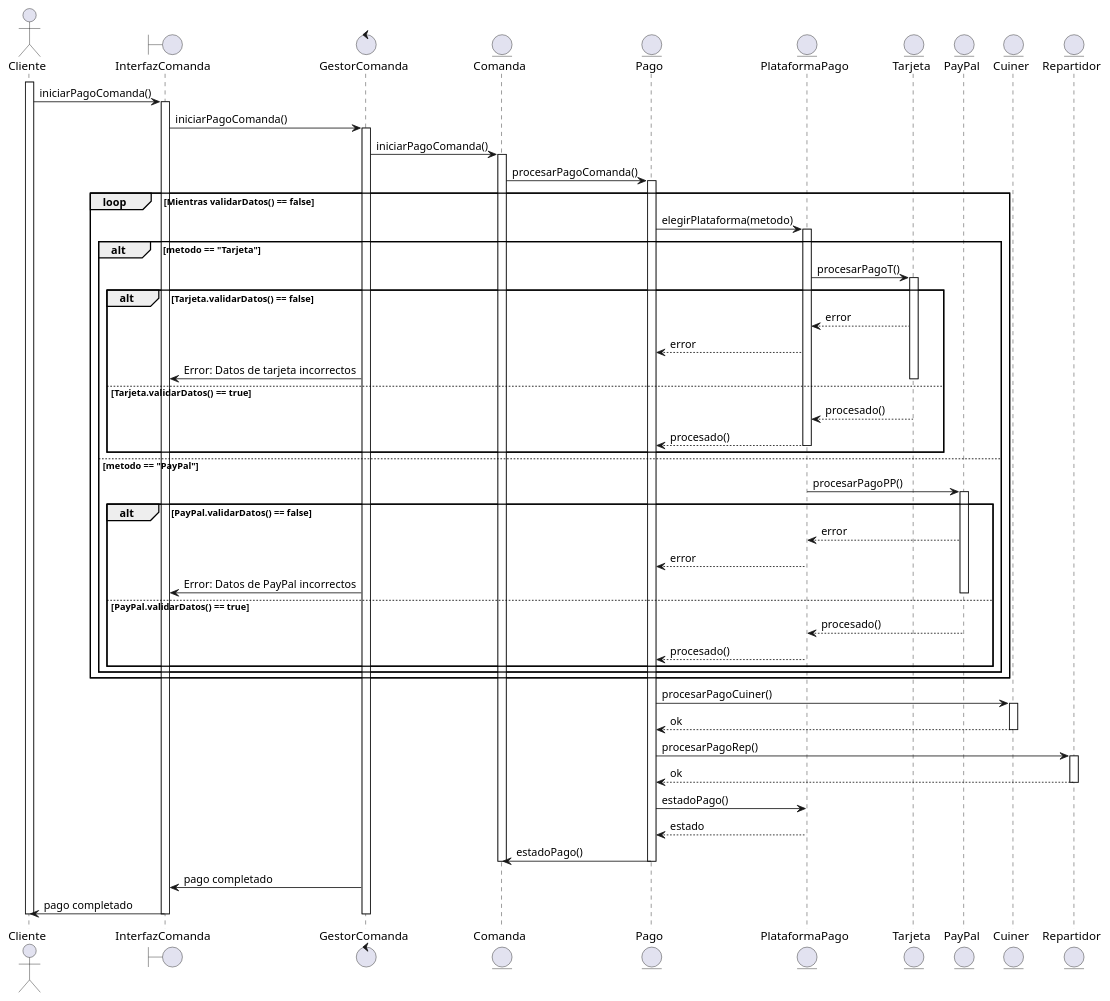
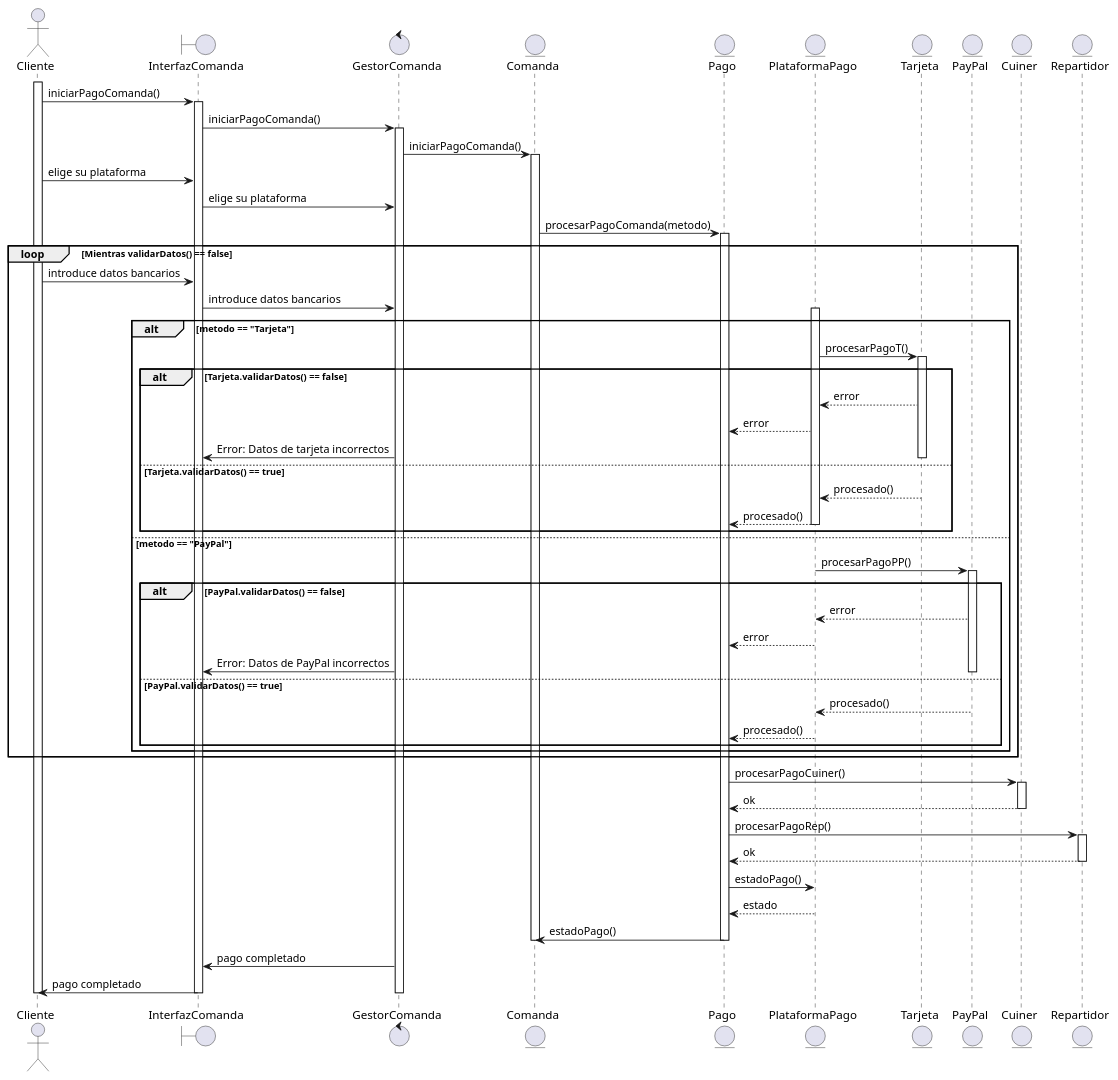
The diagram in documents/Diagramas Secuencia/CodigoUML/bloq4.pUML (dabien3/ES25UAB-511-05), drawn with PlantUML before and after one commit.

```diff
--- a/documents/Diagramas Secuencia/CodigoUML/bloq4.pUML
+++ b/documents/Diagramas Secuencia/CodigoUML/bloq4.pUML
@@ -1,72 +1,77 @@
-@startuml
+ @startuml
 actor Cliente
 boundary InterfazComanda
 control GestorComanda
 entity Comanda
 entity Pago
 entity PlataformaPago
 entity Tarjeta
 entity PayPal
 entity Cuiner
 entity Repartidor
 activate Cliente
 Cliente -> InterfazComanda : iniciarPagoComanda()
 activate InterfazComanda
+
 InterfazComanda -> GestorComanda : iniciarPagoComanda()
 activate GestorComanda
 GestorComanda -> Comanda : iniciarPagoComanda()
 activate Comanda
-Comanda -> Pago : procesarPagoComanda()
+ Cliente -> InterfazComanda : elige su plataforma
+ InterfazComanda -> GestorComanda : elige su plataforma
+Comanda -> Pago : procesarPagoComanda(metodo)
 activate Pago
 loop Mientras validarDatos() == false
- Pago -> PlataformaPago : elegirPlataforma(metodo)
+Cliente -> InterfazComanda : introduce datos bancarios
+ InterfazComanda -> GestorComanda : introduce datos bancarios
+
     activate PlataformaPago
  alt metodo == "Tarjeta"
         PlataformaPago -> Tarjeta : procesarPagoT()
         activate Tarjeta
         alt Tarjeta.validarDatos() == false
             Tarjeta --> PlataformaPago : error
             PlataformaPago --> Pago : error
             GestorComanda -> InterfazComanda : Error: Datos de tarjeta incorrectos
             deactivate Tarjeta
 else Tarjeta.validarDatos() == true
             Tarjeta --> PlataformaPago : procesado()
             PlataformaPago --> Pago : procesado()
             deactivate Tarjeta
             deactivate PlataformaPago
         end
     else metodo == "PayPal"
         PlataformaPago -> PayPal : procesarPagoPP()
         activate PayPal
         alt PayPal.validarDatos() == false
             PayPal --> PlataformaPago : error
             PlataformaPago --> Pago : error
             GestorComanda -> InterfazComanda : Error: Datos de PayPal incorrectos
             deactivate PayPal
         else PayPal.validarDatos() == true
             PayPal --> PlataformaPago : procesado()
             PlataformaPago --> Pago : procesado()
             deactivate PayPal
             deactivate PlataformaPago
  end
  end
 end loop
 Pago -> Cuiner : procesarPagoCuiner()
 activate Cuiner
 Cuiner --> Pago : ok
 deactivate Cuiner
 Pago -> Repartidor : procesarPagoRep()
 activate Repartidor
 Repartidor --> Pago : ok
 deactivate Repartidor
 Pago -> PlataformaPago : estadoPago()
 PlataformaPago --> Pago : estado
 Pago -> Comanda : estadoPago()
 deactivate Pago
 deactivate Comanda
 GestorComanda -> InterfazComanda : pago completado
 InterfazComanda -> Cliente : pago completado
 deactivate GestorComanda
 deactivate InterfazComanda
 deactivate Cliente
 @enduml
```
